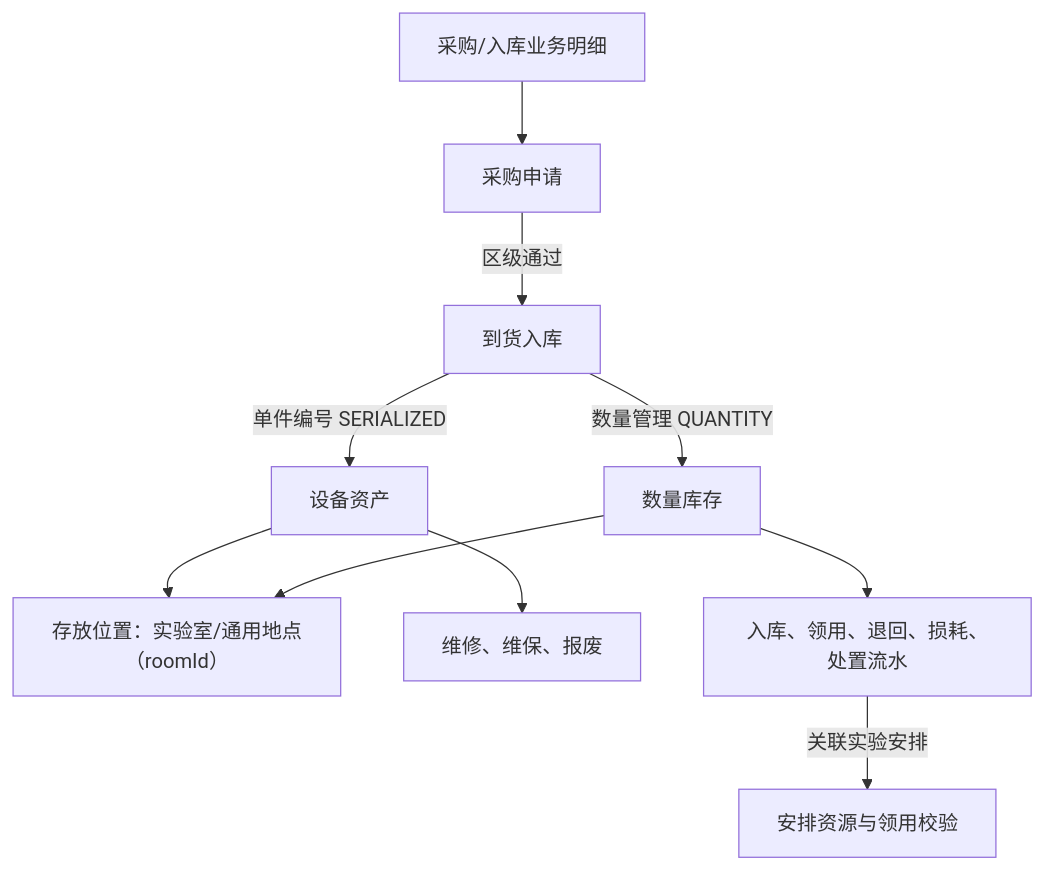
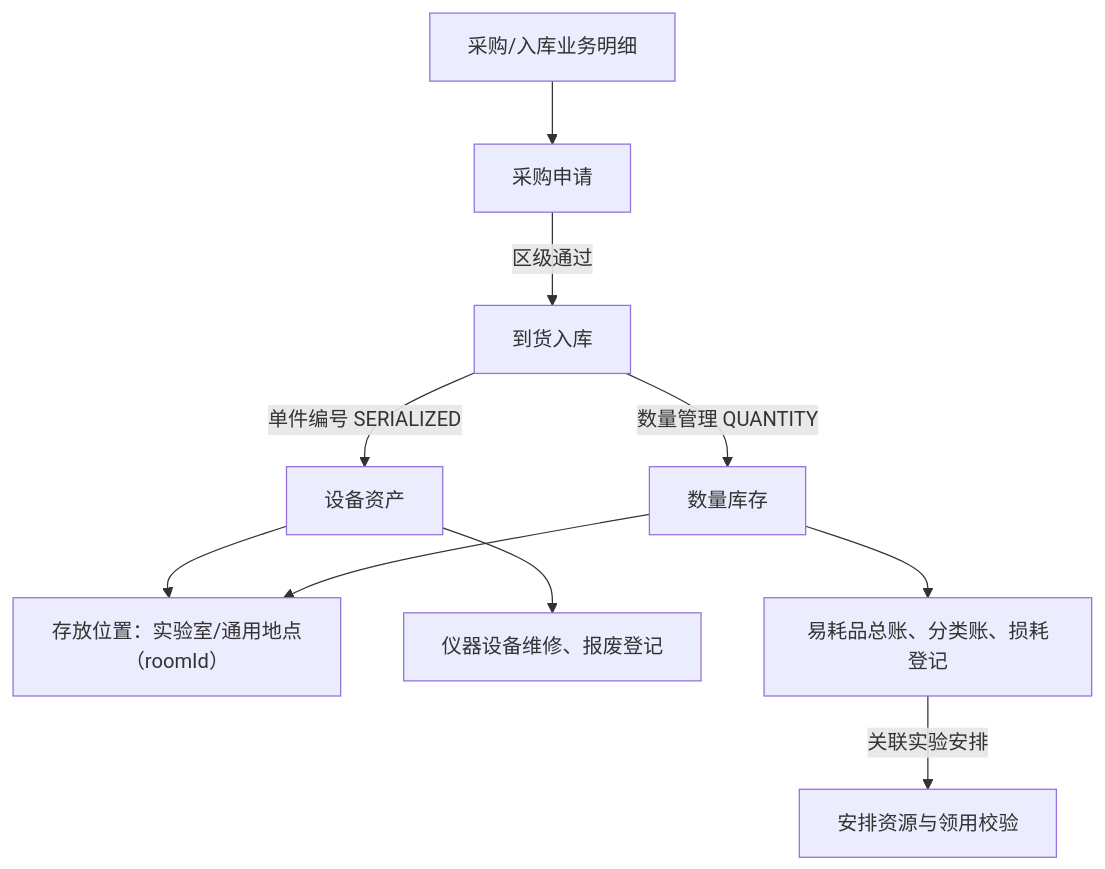
One commit to AlettaOkori/Qingpu_LaboratoryManagementSystem changed the fifth of 10 diagrams in new-demo/当前Demo业务流程与数据关系闭环评估报告.md. Above: the diagram before and after it, drawn with Mermaid. The commit also changed other lines of this file and 37 other files, not shown here.

````diff
--- a/new-demo/当前Demo业务流程与数据关系闭环评估报告.md
+++ b/new-demo/当前Demo业务流程与数据关系闭环评估报告.md
@@ -203,16 +260,16 @@
 ```mermaid
 flowchart TB
   M[采购/入库业务明细] --> P[采购申请]
   P -->|区级通过| R[到货入库]
   R -->|单件编号 SERIALIZED| A[设备资产]
   R -->|数量管理 QUANTITY| I[数量库存]
 
   A --> L[存放位置：实验室/通用地点（roomId）]
   I --> L
 
-  A --> RE[维修、维保、报废]
+  A --> RE[仪器设备维修、报废登记]
 
-  I --> F[入库、领用、退回、损耗、处置流水]
+  I --> F[易耗品总账、分类账、损耗登记]
 
   F -->|关联实验安排| PR[安排资源与领用校验]
 ```
````
